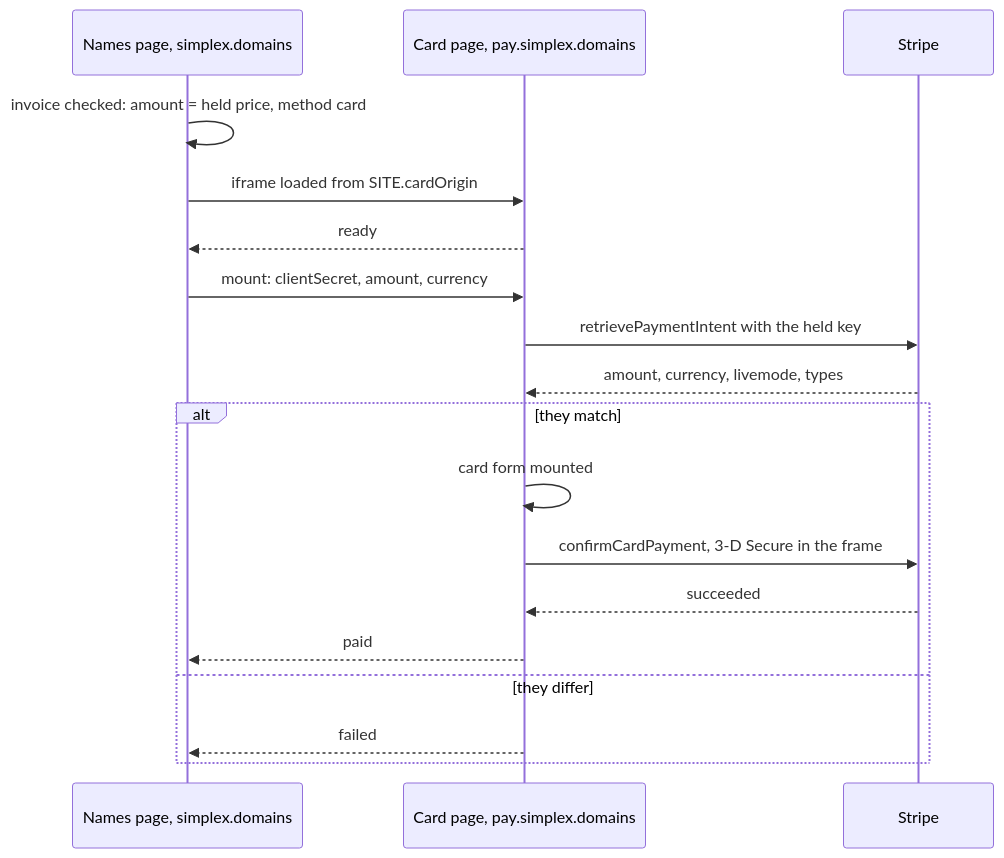
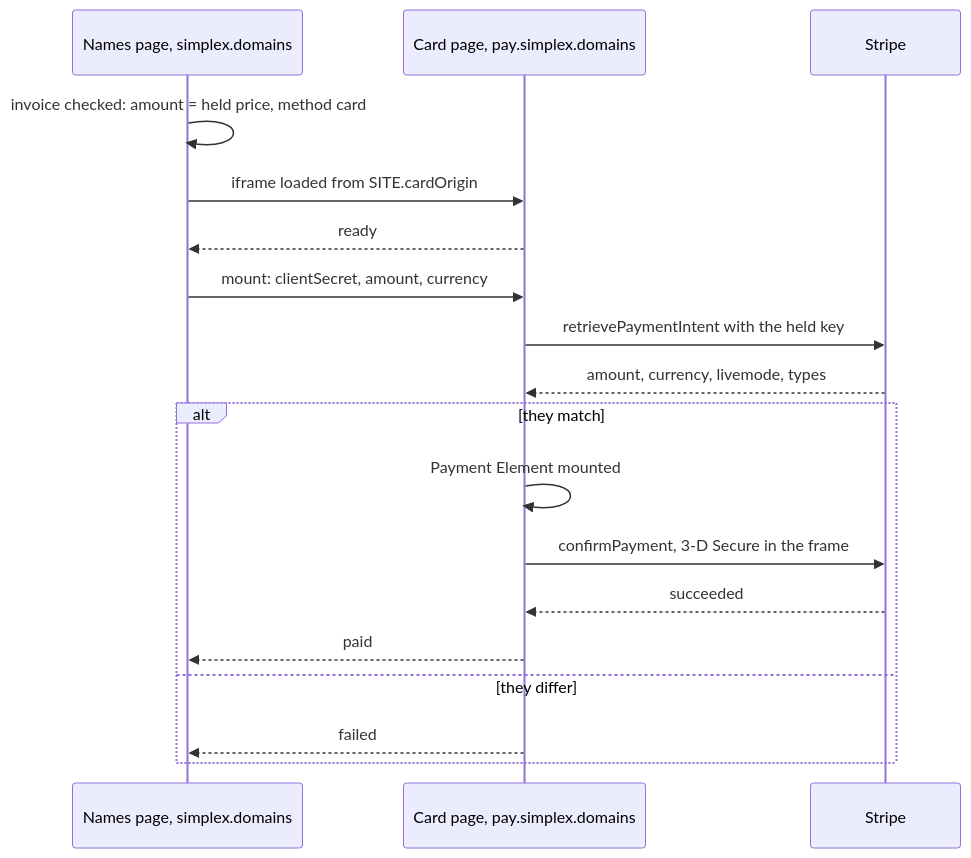
Before and after one commit to simplex-chat/simplex-chat: the seventh of 10 diagrams in plans/2026-11-25-names-hardening.md, drawn with Mermaid. The commit also changed other lines of this file and 1 other file, not shown here.

````diff
--- a/plans/2026-11-25-names-hardening.md
+++ b/plans/2026-11-25-names-hardening.md
@@ -493,20 +500,20 @@
 ```mermaid
 sequenceDiagram
   participant N as Names page, simplex.domains
   participant C as Card page, pay.simplex.domains
   participant T as Stripe
   N->>N: invoice checked: amount = held price, method card
   N->>C: iframe loaded from SITE.cardOrigin
   C-->>N: ready
   N->>C: mount: clientSecret, amount, currency
   C->>T: retrievePaymentIntent with the held key
   T-->>C: amount, currency, livemode, types
   alt they match
-    C->>C: card form mounted
-    C->>T: confirmCardPayment, 3-D Secure in the frame
+    C->>C: Payment Element mounted
+    C->>T: confirmPayment, 3-D Secure in the frame
     T-->>C: succeeded
     C-->>N: paid
   else they differ
     C-->>N: failed
   end
 ```
````
